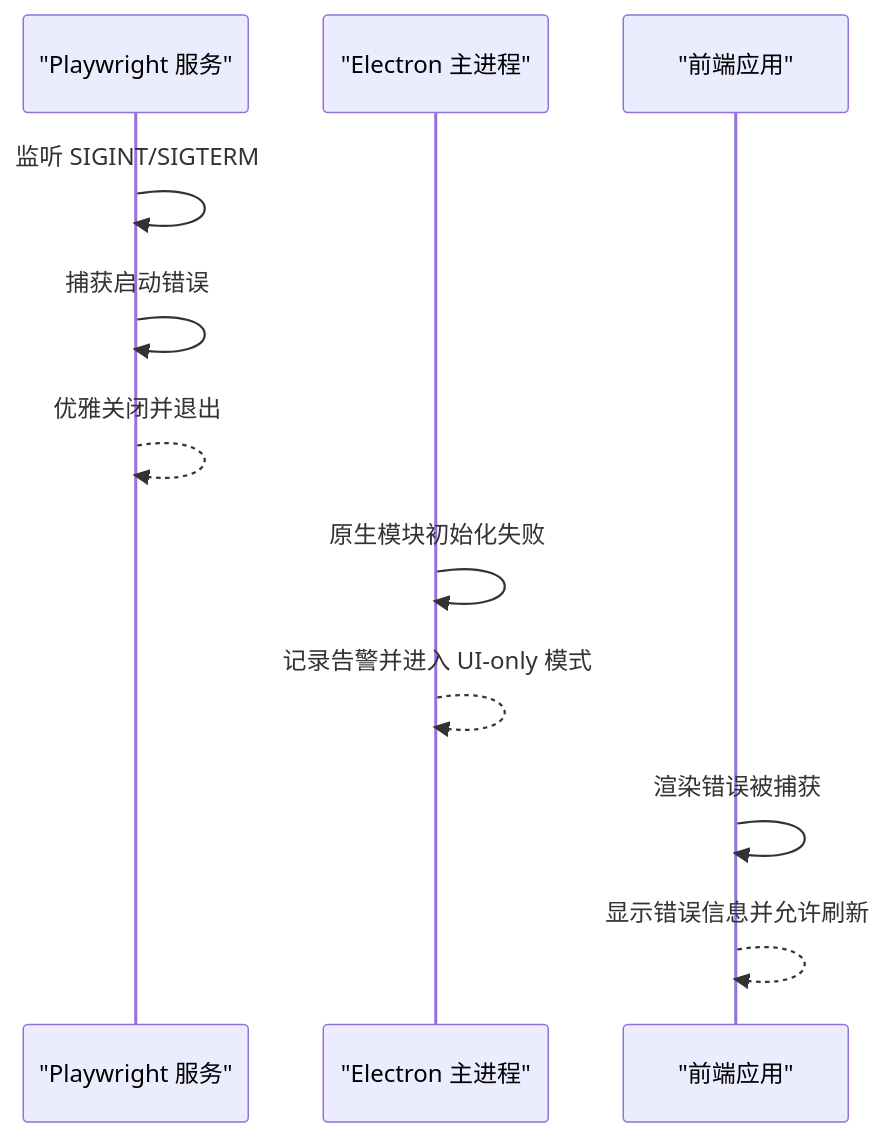
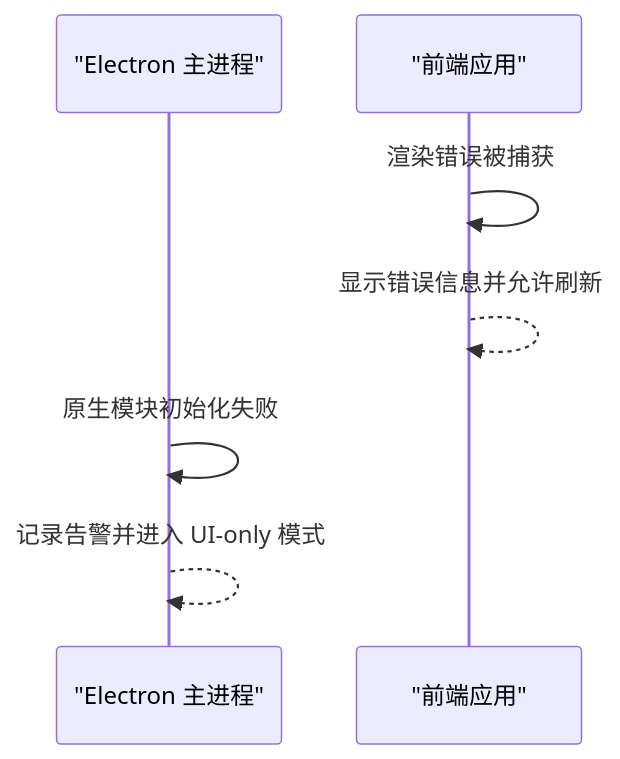
Before and after one commit to baike08/cosurf: the fourth of 6 diagrams in .qoder/repowiki/zh/content/开发指南/开发流程.md, drawn with Mermaid. The commit also changed other lines of this file and 15 other files, not shown here.

````diff
--- a/.qoder/repowiki/zh/content/开发指南/开发流程.md
+++ b/.qoder/repowiki/zh/content/开发指南/开发流程.md
@@ -249,13 +187,9 @@
 ```mermaid
 sequenceDiagram
-participant PW as "Playwright 服务"
 participant Electron as "Electron 主进程"
 participant Front as "前端应用"
-PW->>PW : 监听 SIGINT/SIGTERM
-PW->>PW : 捕获启动错误
-PW-->>PW : 优雅关闭并退出
+Front->>Front : 渲染错误被捕获
+Front-->>Front : 显示错误信息并允许刷新
 Electron->>Electron : 原生模块初始化失败
 Electron-->>Electron : 记录告警并进入 UI-only 模式
-Front->>Front : 渲染错误被捕获
-Front-->>Front : 显示错误信息并允许刷新
 ```
````
